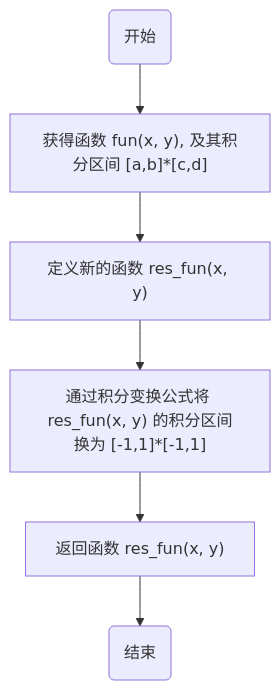
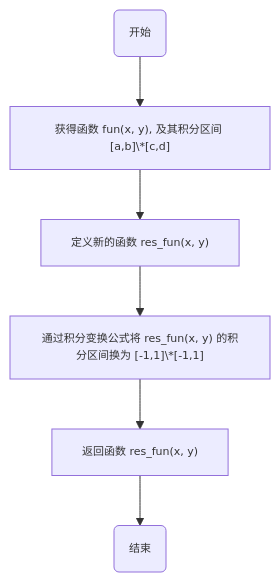
One commit to LittleMoMol/my-notes changed the third of 6 diagrams in 1 数学/7 数值计算方法/实验报告/实验报告 2.md. Above: the diagram before and after it, drawn with Mermaid. The commit also changed other lines of this file and 10 other files, not shown here.

````diff
--- a/1 数学/7 数值计算方法/实验报告/实验报告 2.md
+++ b/1 数学/7 数值计算方法/实验报告/实验报告 2.md
@@ -75,8 +116,9 @@
 ```mermaid
+%%{init: {"themeVariables": {"fontSize": "11px"}}}%%
 graph TD
-A("开始") --> B["获得函数 fun(x, y), 及其积分区间 [a,b]*[c,d]"]
+A("开始") --> B["获得函数 fun(x, y), 及其积分区间 [a,b]\*[c,d]"]
 B --> C["定义新的函数 res_fun(x, y)"]
-C --> D["通过积分变换公式将 res_fun(x, y) 的积分区间换为 [-1,1]*[-1,1]"]
+C --> D["通过积分变换公式将 res_fun(x, y) 的积分区间换为 [-1,1]\*[-1,1]"]
 D --> E["返回函数 res_fun(x, y)"]
 E --> F("结束")
 ```
````
